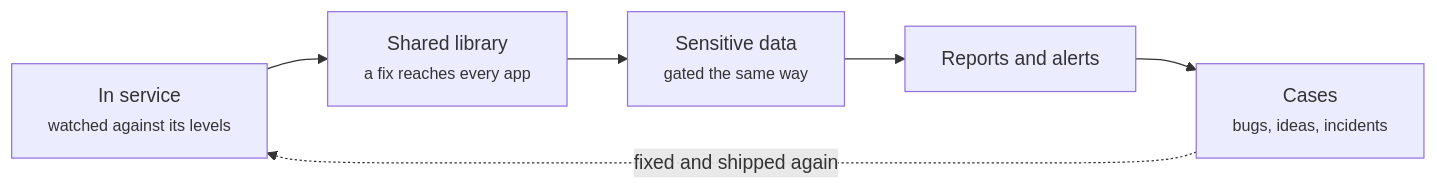
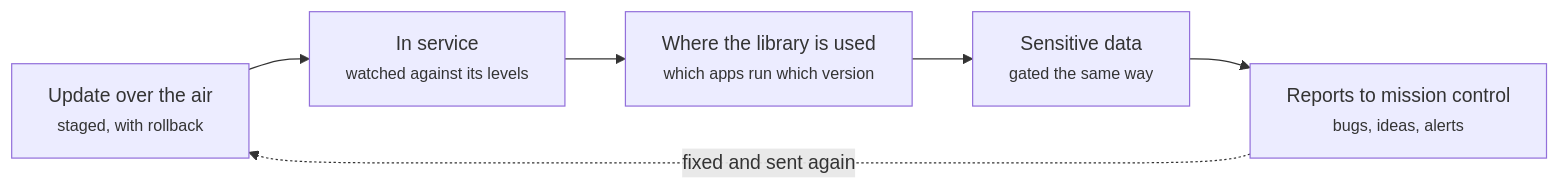
One commit to russlittle/ZTHR changed the first of 2 diagrams in intent/docs/line/fleet.md. Above: the diagram before and after it, drawn with Mermaid. The commit also changed other lines of this file and 76 other files, not shown here.

````diff
--- a/intent/docs/line/fleet.md
+++ b/intent/docs/line/fleet.md
@@ -11,13 +11,13 @@
 ```mermaid
 flowchart LR
+  o["Update over the air<br><small>staged, with rollback</small>"]
   s["In service<br><small>watched against its levels</small>"]
-  l["Shared library<br><small>a fix reaches every app</small>"]
+  l["Where the library is used<br><small>which apps run which version</small>"]
   d["Sensitive data<br><small>gated the same way</small>"]
-  r["Reports and alerts"]
-  c["Cases<br><small>bugs, ideas, incidents</small>"]
+  r["Reports to mission control<br><small>bugs, ideas, alerts</small>"]
+  o --> s
   s --> l
   l --> d
   d --> r
-  r --> c
-  c -.->|fixed and shipped again| s
+  r -.->|fixed and sent again| o
 ```
````
